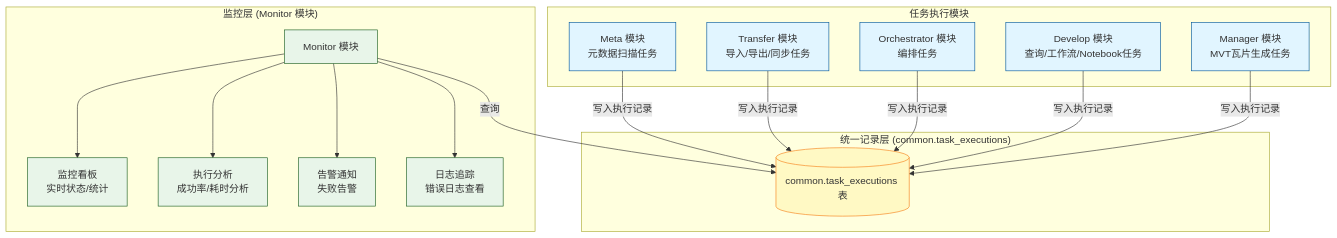
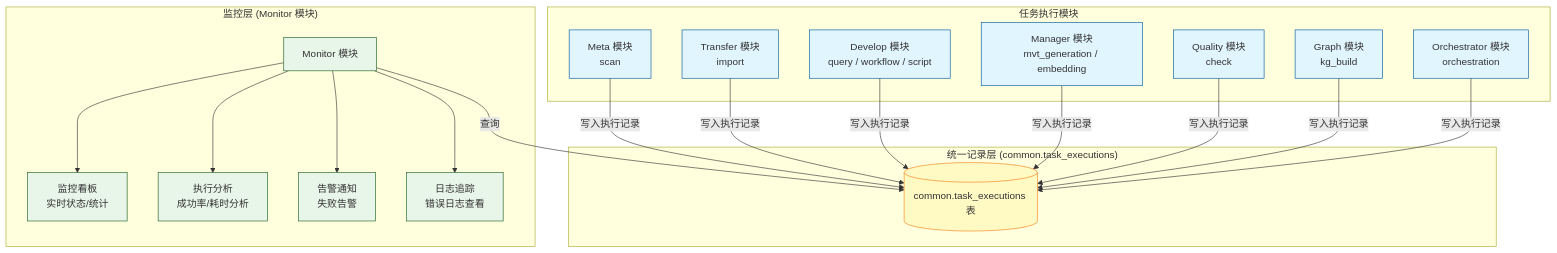
One commit to pampa0629/addp changed the first of 3 diagrams in docs/concepts/addp监控与执行体系图.md. Above: the diagram before and after it, drawn with Mermaid. The commit also changed other lines of this file and 63 other files, not shown here.

````diff
--- a/docs/concepts/addp监控与执行体系图.md
+++ b/docs/concepts/addp监控与执行体系图.md
@@ -30,38 +30,42 @@
 ```mermaid
 graph TB
     subgraph "任务执行模块"
-        Meta[Meta 模块<br/>元数据扫描任务]
-        Transfer[Transfer 模块<br/>导入/导出/同步任务]
-        Orchestrator[Orchestrator 模块<br/>编排任务]
-        Develop[Develop 模块<br/>查询/工作流/Notebook任务]
-        Manager[Manager 模块<br/>MVT瓦片生成任务]
+        Meta[Meta 模块<br/>scan]
+        Transfer[Transfer 模块<br/>import]
+        Develop[Develop 模块<br/>query / workflow / script]
+        Manager[Manager 模块<br/>mvt_generation / embedding]
+        Quality[Quality 模块<br/>check]
+        Graph[Graph 模块<br/>kg_build]
+        Orchestrator[Orchestrator 模块<br/>orchestration]
     end
 
     subgraph "统一记录层 (common.task_executions)"
         TaskExec[(common.task_executions 表)]
 
         Meta --> |写入执行记录| TaskExec
         Transfer --> |写入执行记录| TaskExec
-        Orchestrator --> |写入执行记录| TaskExec
         Develop --> |写入执行记录| TaskExec
         Manager --> |写入执行记录| TaskExec
+        Quality --> |写入执行记录| TaskExec
+        Graph --> |写入执行记录| TaskExec
+        Orchestrator --> |写入执行记录| TaskExec
     end
 
     subgraph "监控层 (Monitor 模块)"
         Monitor[Monitor 模块]
 
         Monitor --> |查询| TaskExec
         Monitor --> Dashboard[监控看板<br/>实时状态/统计]
         Monitor --> Analysis[执行分析<br/>成功率/耗时分析]
         Monitor --> Alert[告警通知<br/>失败告警]
         Monitor --> Log[日志追踪<br/>错误日志查看]
     end
 
     classDef module fill:#e1f5ff,stroke:#01579b
     classDef storage fill:#fff9c4,stroke:#f57f17
     classDef monitor fill:#e8f5e9,stroke:#1b5e20
 
-    class Meta,Transfer,Orchestrator,Develop,Manager module
+    class Meta,Transfer,Develop,Manager,Quality,Graph,Orchestrator module
     class TaskExec storage
     class Monitor,Dashboard,Analysis,Alert,Log monitor
 ```
````
